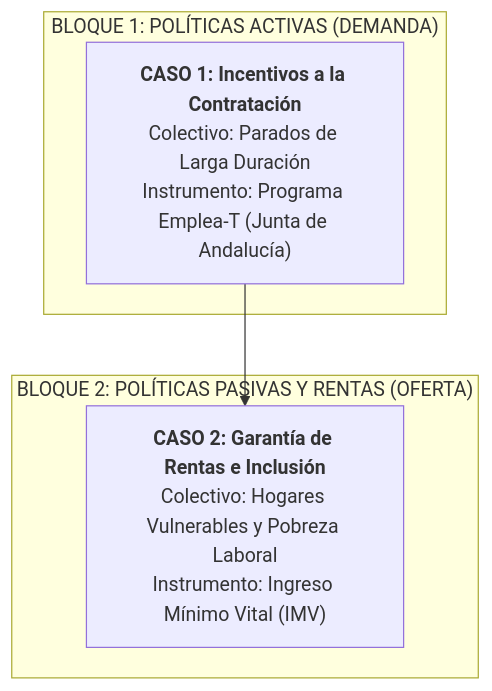
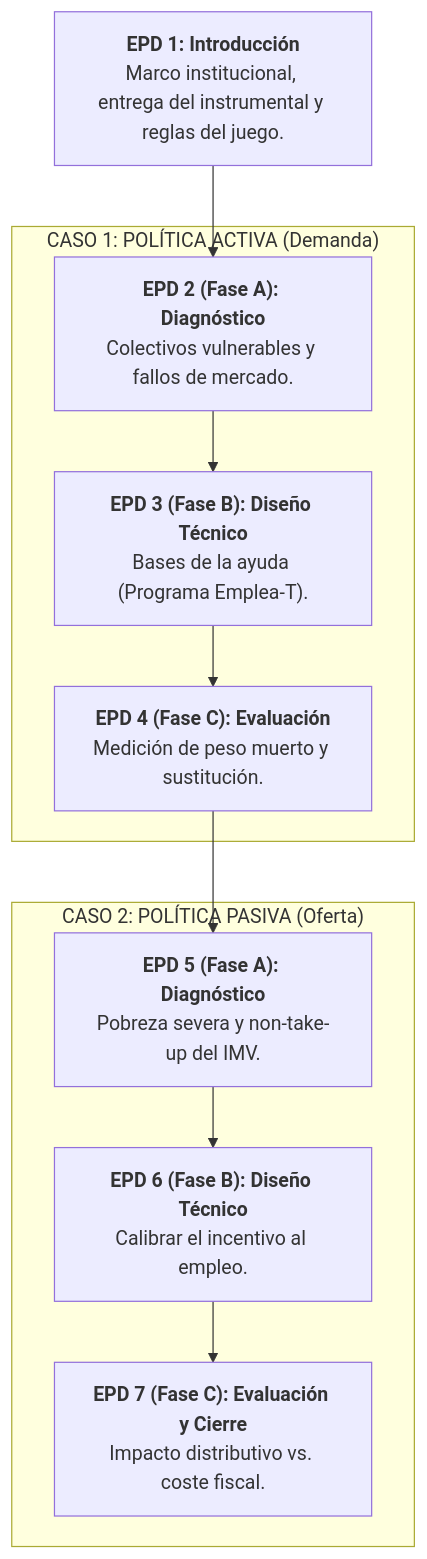
Before and after one commit to mhidper/PSSLL2627: the second of 2 diagrams in innovación_docente/propuesta_innovacion_docente.md, drawn with Mermaid. The commit also changed other lines of this file and 55 other files, not shown here.

````diff
--- a/innovación_docente/propuesta_innovacion_docente.md
+++ b/innovación_docente/propuesta_innovacion_docente.md
@@ -34,10 +43,15 @@
 ```mermaid
-graph TD
-    subgraph "BLOQUE 1: POLÍTICAS ACTIVAS (DEMANDA)"
-        C1["<b>CASO 1: Incentivos a la Contratación</b><br>Colectivo: Parados de Larga Duración<br>Instrumento: Programa Emplea-T (Junta de Andalucía)"]
+flowchart TD
+    S1["<b>EPD 1: Introducción</b><br>Marco institucional, entrega del instrumental y reglas del juego."]
+    subgraph "CASO 1: POLÍTICA ACTIVA (Demanda)"
+        S2["<b>EPD 2 (Fase A): Diagnóstico</b><br>Colectivos vulnerables y fallos de mercado."]
+        S3["<b>EPD 3 (Fase B): Diseño Técnico</b><br>Bases de la ayuda (Programa Emplea-T)."]
+        S4["<b>EPD 4 (Fase C): Evaluación</b><br>Medición de peso muerto y sustitución."]
     end
-    subgraph "BLOQUE 2: POLÍTICAS PASIVAS Y RENTAS (OFERTA)"
-        C2["<b>CASO 2: Garantía de Rentas e Inclusión</b><br>Colectivo: Hogares Vulnerables y Pobreza Laboral<br>Instrumento: Ingreso Mínimo Vital (IMV)"]
+    subgraph "CASO 2: POLÍTICA PASIVA (Oferta)"
+        S5["<b>EPD 5 (Fase A): Diagnóstico</b><br>Pobreza severa y non-take-up del IMV."]
+        S6["<b>EPD 6 (Fase B): Diseño Técnico</b><br>Calibrar el incentivo al empleo."]
+        S7["<b>EPD 7 (Fase C): Evaluación y Cierre</b><br>Impacto distributivo vs. coste fiscal."]
     end
-    C1 --> C2
+    S1 --> S2 --> S3 --> S4 --> S5 --> S6 --> S7
 ```
````
